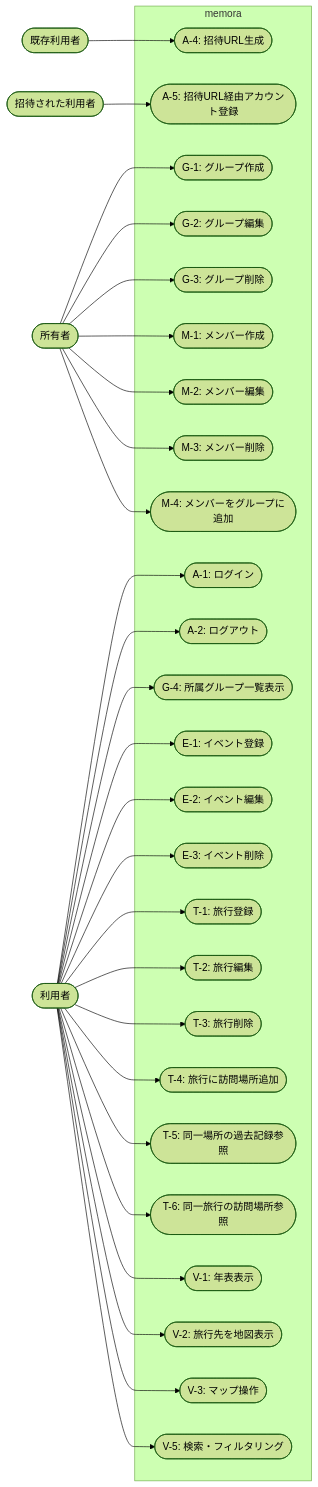
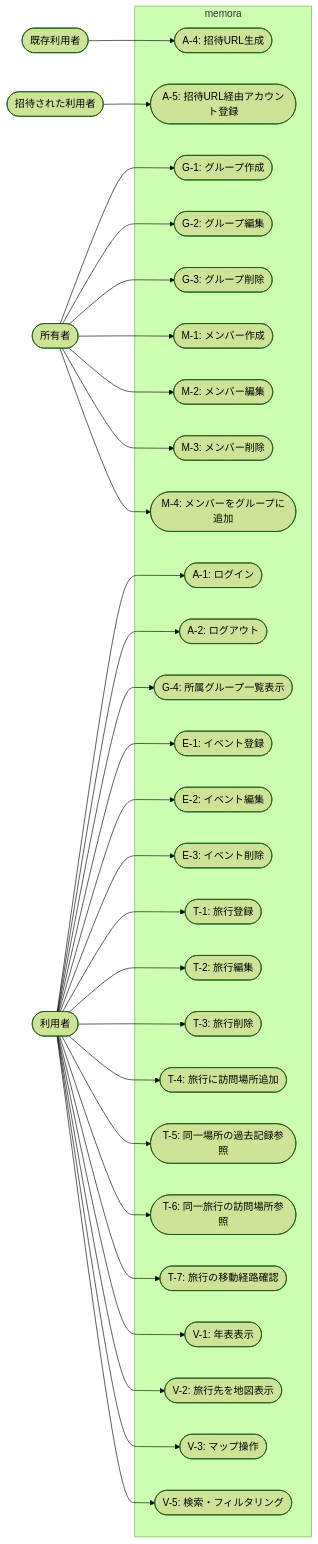
One commit to taka-016/memora changed the diagram in docs/usecase_diagram.md. Above: the diagram before and after it, drawn with Mermaid (forest theme). The commit also changed other lines of this file and 2 other files, not shown here.

Commit message:
docs: 仕様更新

````diff
--- a/docs/usecase_diagram.md
+++ b/docs/usecase_diagram.md
@@ -64,77 +65,79 @@
 ```mermaid
 graph LR
     %% アクター定義
     Creator([所有者])
     User([利用者])
     ExistingUser([既存利用者])
     InvitedUser([招待された利用者])
     
     %% システム境界
     subgraph "memora"
         %% 認証・セキュリティ系
         A1([A-1: ログイン])
         A2([A-2: ログアウト])
         A3([A-4: 招待URL生成])
         A4([A-5: 招待URL経由アカウント登録])
         
         %% 基本データ管理系 - グループ管理
         G1([G-1: グループ作成])
         G2([G-2: グループ編集])
         G3([G-3: グループ削除])
         G4([G-4: 所属グループ一覧表示])
         
         %% 基本データ管理系 - メンバー管理
         M1([M-1: メンバー作成])
         M2([M-2: メンバー編集])
         M3([M-3: メンバー削除])
         M4([M-4: メンバーをグループに追加])
         
         %% イベント管理系
         E1([E-1: イベント登録])
         E2([E-2: イベント編集])
         E3([E-3: イベント削除])
         
         %% 旅行管理系
         T1([T-1: 旅行登録])
         T2([T-2: 旅行編集])
         T3([T-3: 旅行削除])
         T4([T-4: 旅行に訪問場所追加])
         T5([T-5: 同一場所の過去記録参照])
         T6([T-6: 同一旅行の訪問場所参照])
+        T7([T-7: 旅行の移動経路確認])
         
         %% 表示・UI系
         V1([V-1: 年表表示])
         V2([V-2: 旅行先を地図表示])
         V3([V-3: マップ操作])
         V4([V-5: 検索・フィルタリング])
     end
     
     %% アクターとユースケースの関係
     Creator --> G1
     Creator --> G2
     Creator --> G3
     Creator --> M1
     Creator --> M2
     Creator --> M3
     Creator --> M4
 
     User --> A1
     User --> A2
     User --> G4
     User --> E1
     User --> E2
     User --> E3
     User --> T1
     User --> T2
     User --> T3
     User --> T4
     User --> T5
     User --> T6
+    User --> T7
     User --> V1
     User --> V2
     User --> V3
     User --> V4
     
     ExistingUser --> A3
     InvitedUser --> A4
 ```
````
